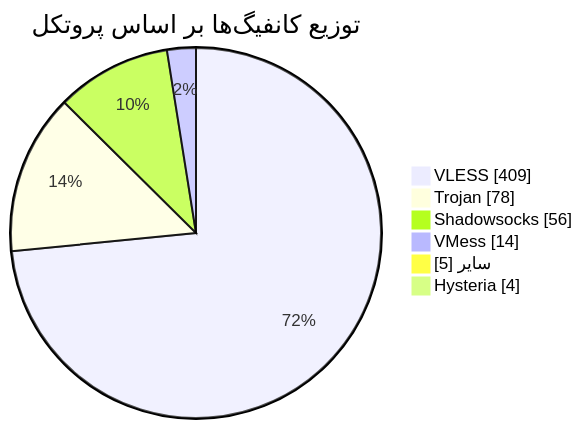
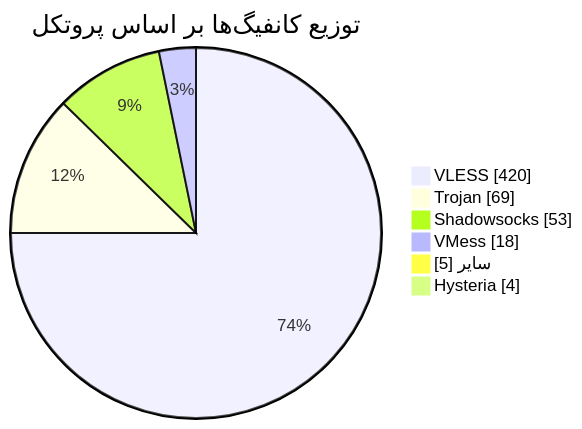
One commit to Arian-Alijani/Somthing changed the diagram in README.md. Above: the diagram before and after it, drawn with Mermaid. The commit also changed other lines of this file and 15 other files, not shown here.

````diff
--- a/README.md
+++ b/README.md
@@ -48,10 +48,10 @@
 ```mermaid
 pie showData
     title توزیع کانفیگ‌ها بر اساس پروتکل
-    "VLESS" : 409
-    "Trojan" : 78
-    "Shadowsocks" : 56
-    "VMess" : 14
+    "VLESS" : 420
+    "Trojan" : 69
+    "Shadowsocks" : 53
+    "VMess" : 18
     "سایر" : 5
     "Hysteria" : 4
 ```
````
